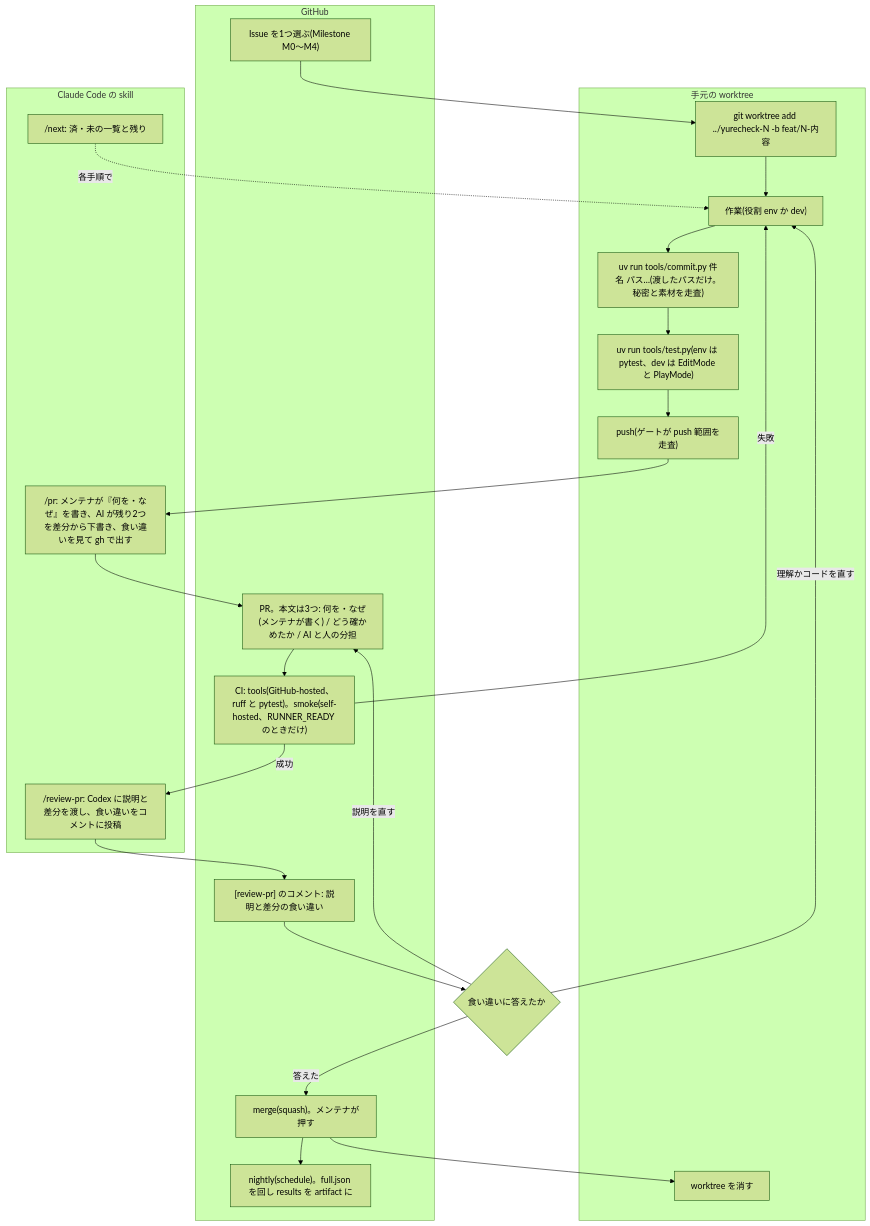
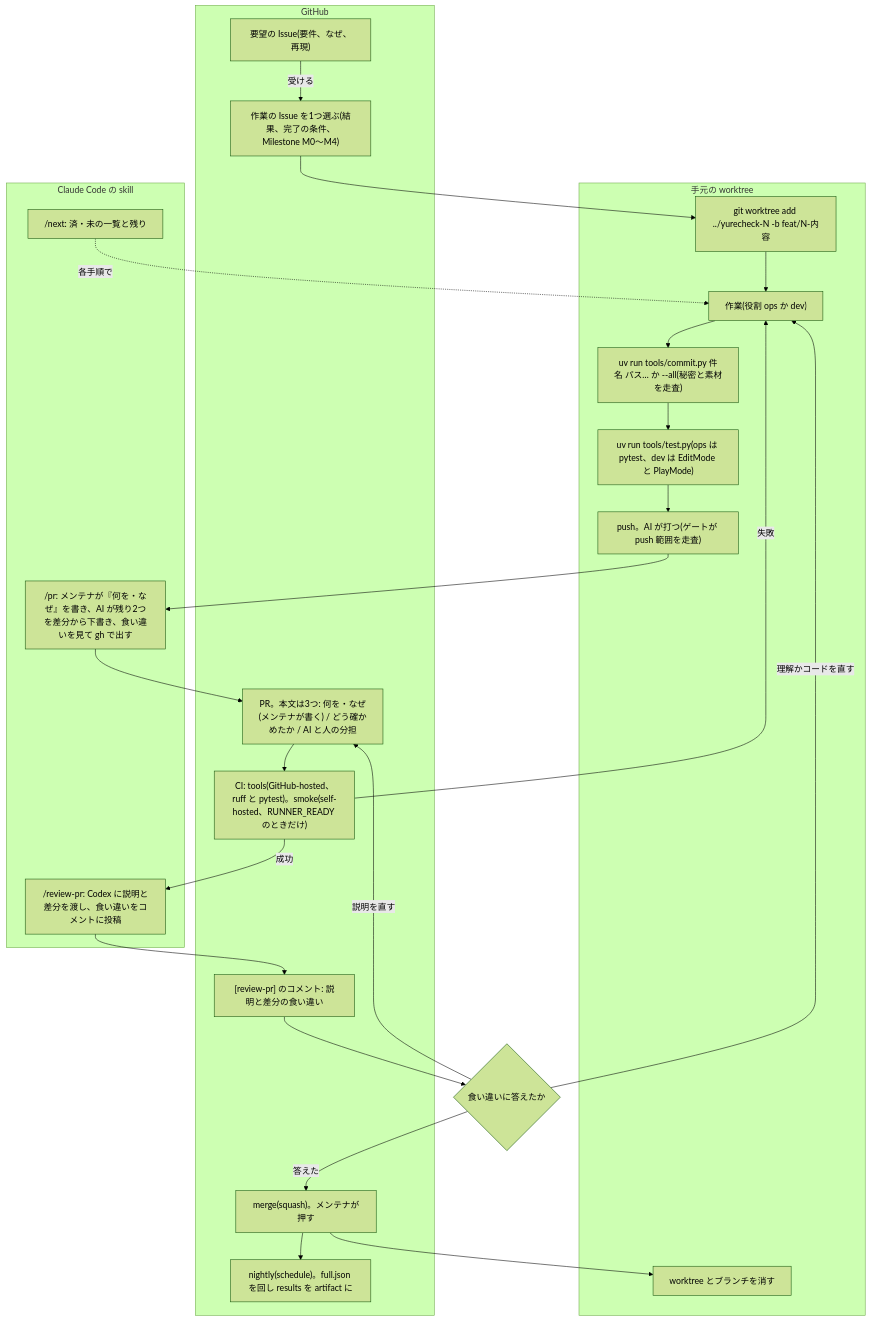
The diagram in docs/ops/WORKFLOW.md (hiroki-furuta-dev/yurecheck), drawn with Mermaid (forest theme) before and after one commit. The commit also changed other lines of this file and 14 other files, not shown here.

Commit message:
文言を env から ops に揃え、push は AI、要望は Issue、--all を規則と手順に反映する

````diff
--- a/docs/ops/WORKFLOW.md
+++ b/docs/ops/WORKFLOW.md
@@ -7,32 +7,34 @@
 ```mermaid
 flowchart TD
   subgraph GH["GitHub"]
-    I["Issue を1つ選ぶ(Milestone M0〜M4)"]
+    RQ["要望の Issue(要件、なぜ、再現)"]
+    I["作業の Issue を1つ選ぶ(結果、完了の条件、Milestone M0〜M4)"]
     PR["PR。本文は3つ: 何を・なぜ(メンテナが書く) / どう確かめたか / AI と人の分担"]
     CI["CI: tools(GitHub-hosted、ruff と pytest)。smoke(self-hosted、RUNNER_READY のときだけ)"]
     RC["[review-pr] のコメント: 説明と差分の食い違い"]
     M["merge(squash)。メンテナが押す"]
     N["nightly(schedule)。full.json を回し results を artifact に"]
   end
   subgraph L["手元の worktree"]
     B["git worktree add ../yurecheck-N -b feat/N-内容"]
-    W["作業(役割 env か dev)"]
-    C["uv run tools/commit.py 件名 パス…(渡したパスだけ。秘密と素材を走査)"]
-    T["uv run tools/test.py(env は pytest、dev は EditMode と PlayMode)"]
-    P["push(ゲートが push 範囲を走査)"]
-    WD["worktree を消す"]
+    W["作業(役割 ops か dev)"]
+    C["uv run tools/commit.py 件名 パス… か --all(秘密と素材を走査)"]
+    T["uv run tools/test.py(ops は pytest、dev は EditMode と PlayMode)"]
+    P["push。AI が打つ(ゲートが push 範囲を走査)"]
+    WD["worktree とブランチを消す"]
   end
   subgraph S["Claude Code の skill"]
     PRS["/pr: メンテナが『何を・なぜ』を書き、AI が残り2つを差分から下書き、食い違いを見て gh で出す"]
     RV["/review-pr: Codex に説明と差分を渡し、食い違いをコメントに投稿"]
     NX["/next: 済・未の一覧と残り"]
   end
+  RQ -->|受ける| I
   I --> B --> W --> C --> T --> P --> PRS --> PR --> CI
   CI -->|失敗| W
   CI -->|成功| RV --> RC --> A{"食い違いに答えたか"}
   A -->|説明を直す| PR
   A -->|理解かコードを直す| W
   A -->|答えた| M --> WD
   M --> N
   NX -.->|各手順で| W
 ```
````
